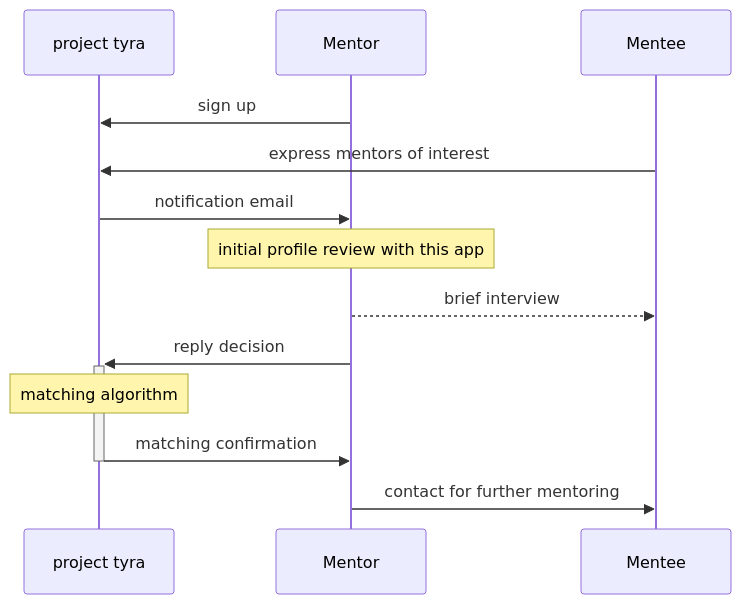
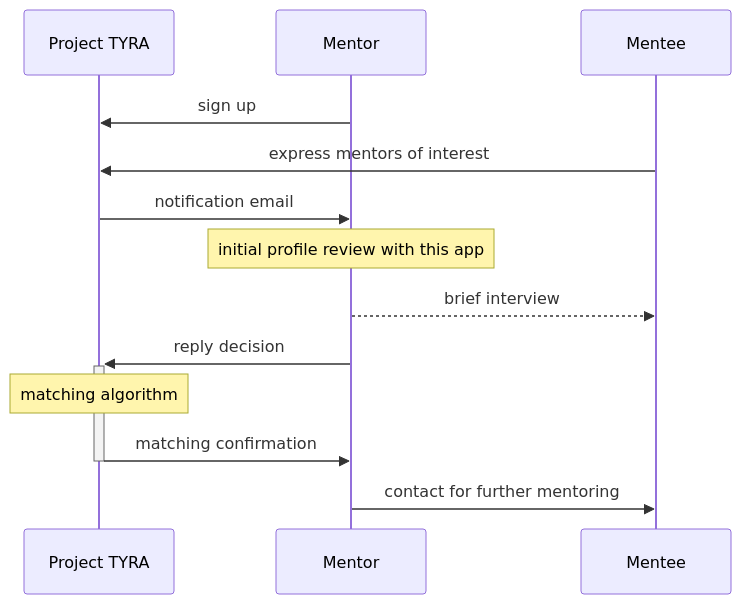
The diagram in README.md (ChenHsieh/MMP_screening), drawn with Mermaid before and after one commit. The commit also changed other lines of this file and 7 other files, not shown here.

````diff
--- a/README.md
+++ b/README.md
@@ -22,13 +22,13 @@
 ```mermaid
 sequenceDiagram
-	link project tyra: website @ https://sites.google.com/view/projecttyra/home
-	Mentor ->> project tyra: sign up
-    Mentee ->> project tyra: express mentors of interest
-    project tyra ->> Mentor: notification email
+	link Project TYRA: website @ https://sites.google.com/view/projecttyra/home
+	Mentor ->> Project TYRA: sign up
+    Mentee ->> Project TYRA: express mentors of interest
+    Project TYRA ->> Mentor: notification email
     Note over Mentor: initial profile review with this app
     Mentor -->> Mentee: brief interview
-    Mentor ->>+ project tyra: reply decision
-    Note over project tyra: matching algorithm
-    project tyra ->>- Mentor: matching confirmation
+    Mentor ->>+ Project TYRA: reply decision
+    Note over Project TYRA: matching algorithm
+    Project TYRA ->>- Mentor: matching confirmation
     Mentor ->> Mentee: contact for further mentoring
 ```
````
